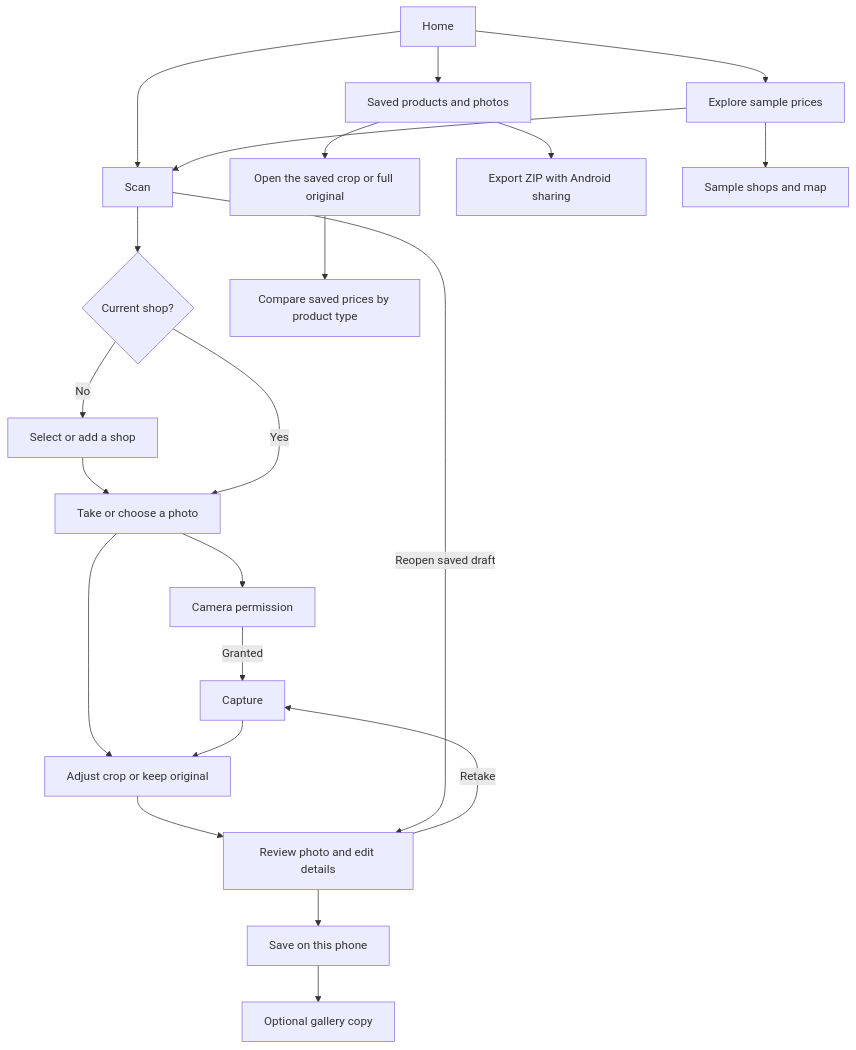
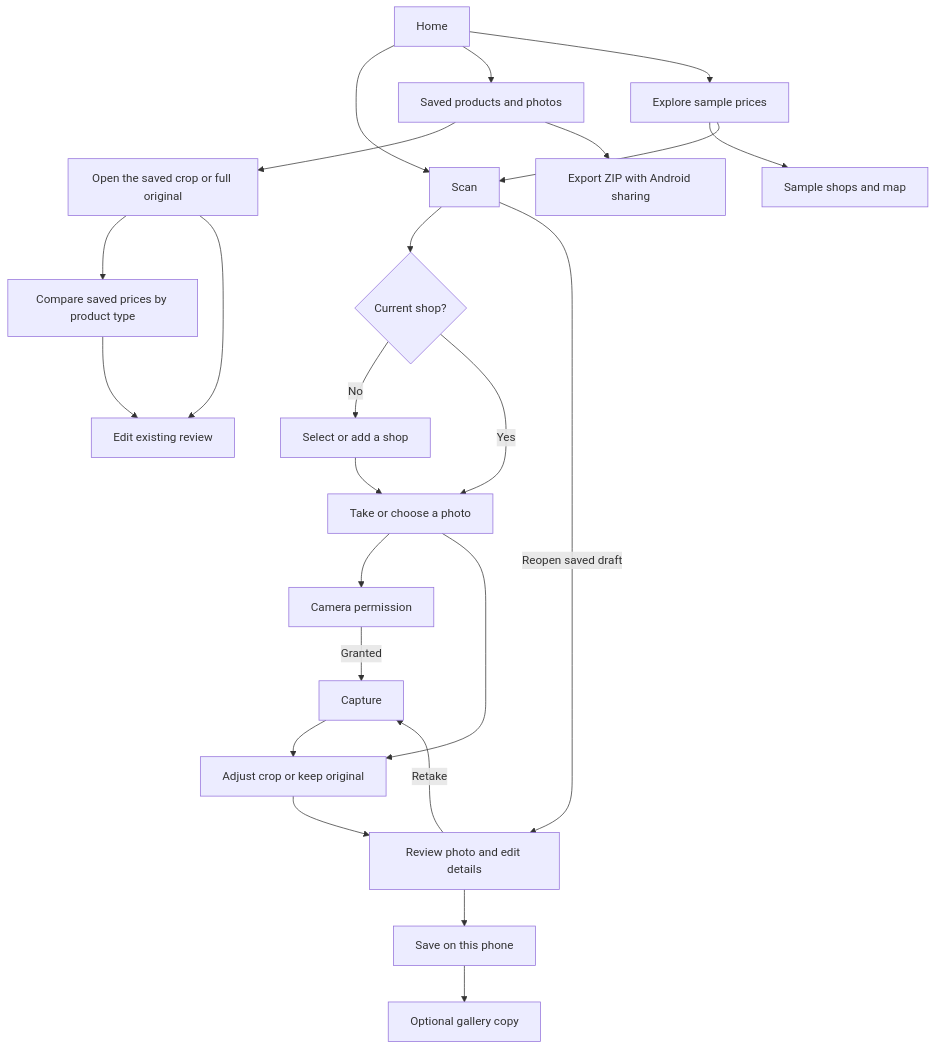
Before and after one commit to Maratatasan/cheapo-app: the diagram in docs/app-map.md, drawn with Mermaid. The commit also changed other lines of this file and 14 other files, not shown here.

Commit message:
Edit saved prices from comparison cards

````diff
--- a/docs/app-map.md
+++ b/docs/app-map.md
@@ -8,24 +8,26 @@
 ```mermaid
 flowchart TD
     Home --> Scan
     Scan --> CurrentShop{"Current shop?"}
     CurrentShop -->|No| ChooseShop["Select or add a shop"]
     ChooseShop --> Source["Take or choose a photo"]
     CurrentShop -->|Yes| Source
     Source --> Permission["Camera permission"]
     Source --> Crop
     Permission -->|Granted| Capture
     Capture --> Crop["Adjust crop or keep original"]
     Crop --> Review["Review photo and edit details"]
     Review -->|Retake| Capture
     Review --> Save["Save on this phone"]
     Save --> Gallery["Optional gallery copy"]
     Home --> Saved["Saved products and photos"]
     Saved --> SavedPhoto["Open the saved crop or full original"]
     SavedPhoto --> Compare["Compare saved prices by product type"]
+    SavedPhoto --> Edit["Edit existing review"]
+    Compare --> Edit
     Saved --> Export["Export ZIP with Android sharing"]
     Scan -->|Reopen saved draft| Review
     Home --> Results["Explore sample prices"]
     Results --> Shops["Sample shops and map"]
     Results --> Scan
 ```
````
